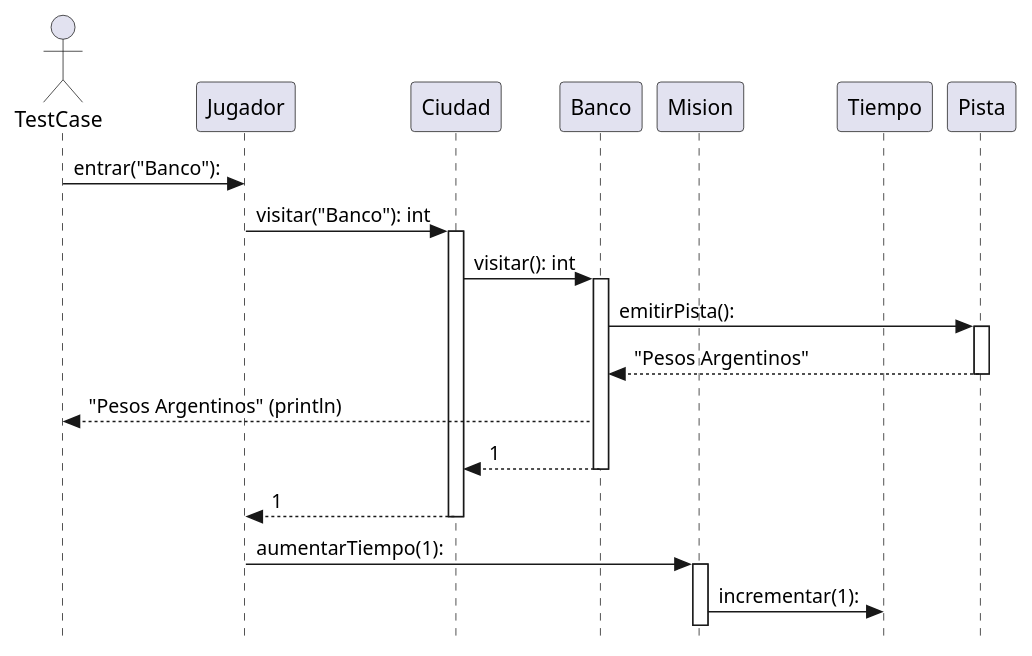
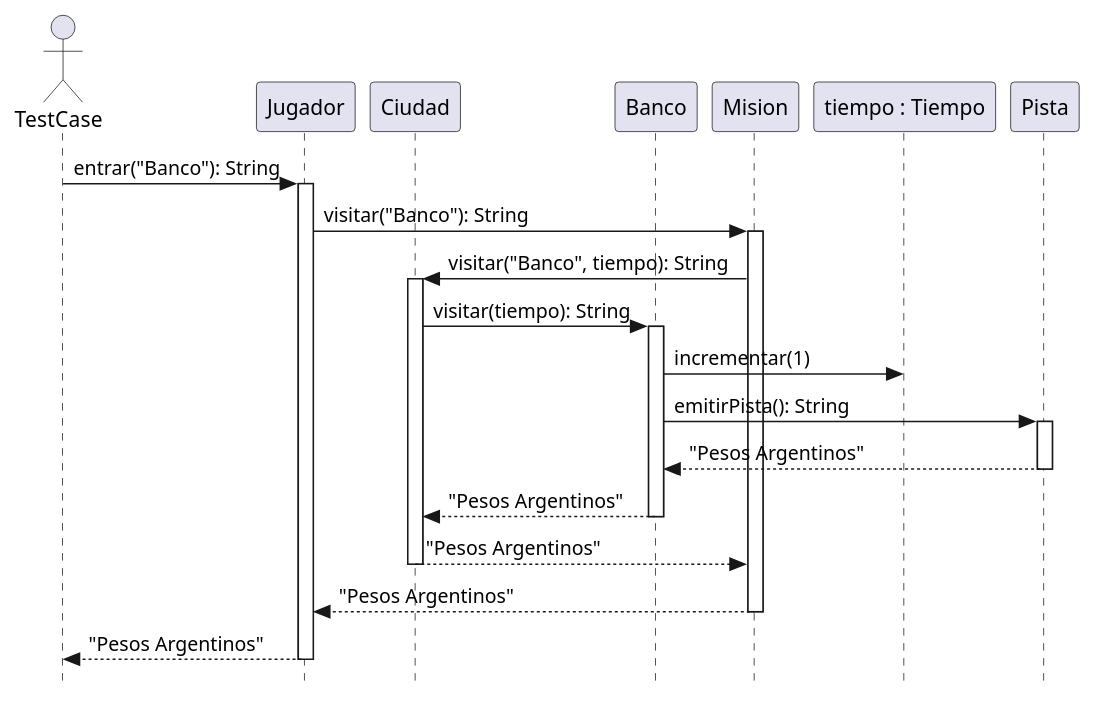
Before and after one commit to martinanus/algo3_tp2: the diagram in diagrams/sequences/JugadorEntraAUnEdificioPorPrimeraVez.puml, drawn with PlantUML.

Commit message:
Se actualiza Diagrama de Secuencia

```diff
--- a/diagrams/sequences/JugadorEntraAUnEdificioPorPrimeraVez.puml
+++ b/diagrams/sequences/JugadorEntraAUnEdificioPorPrimeraVez.puml
@@ -1,28 +1,30 @@
 @startuml
 skinparam style strictuml
 
 actor TestCase
 
 participant "Jugador" as jugador
 participant "Ciudad" as ciudad
 participant "Banco" as banco
 participant "Mision" as mision
-participant "Tiempo" as tiempo
+participant "tiempo : Tiempo" as tiempo
 participant "Pista" as pista
 
-TestCase -> jugador: entrar("Banco"):
-jugador -> ciudad: visitar("Banco"): int
+TestCase -> jugador: entrar("Banco"): String
+activate jugador
+jugador -> mision: visitar("Banco"): String
+activate mision
+mision -> ciudad: visitar("Banco", tiempo): String
 activate ciudad
-ciudad -> banco: visitar(): int
-activate banco 
-banco -> pista: emitirPista():
+ciudad -> banco: visitar(tiempo): String
+activate banco
+banco -> tiempo: incrementar(1)
+banco -> pista: emitirPista(): String
 activate pista
 return "Pesos Argentinos"
-banco --> TestCase: "Pesos Argentinos" (println)
-return 1
-return 1
-jugador -> mision: aumentarTiempo(1):
-activate mision
-mision -> tiempo: incrementar(1):
+return "Pesos Argentinos"
+return "Pesos Argentinos"
+return "Pesos Argentinos"
+return "Pesos Argentinos"
 
 @enduml
```
